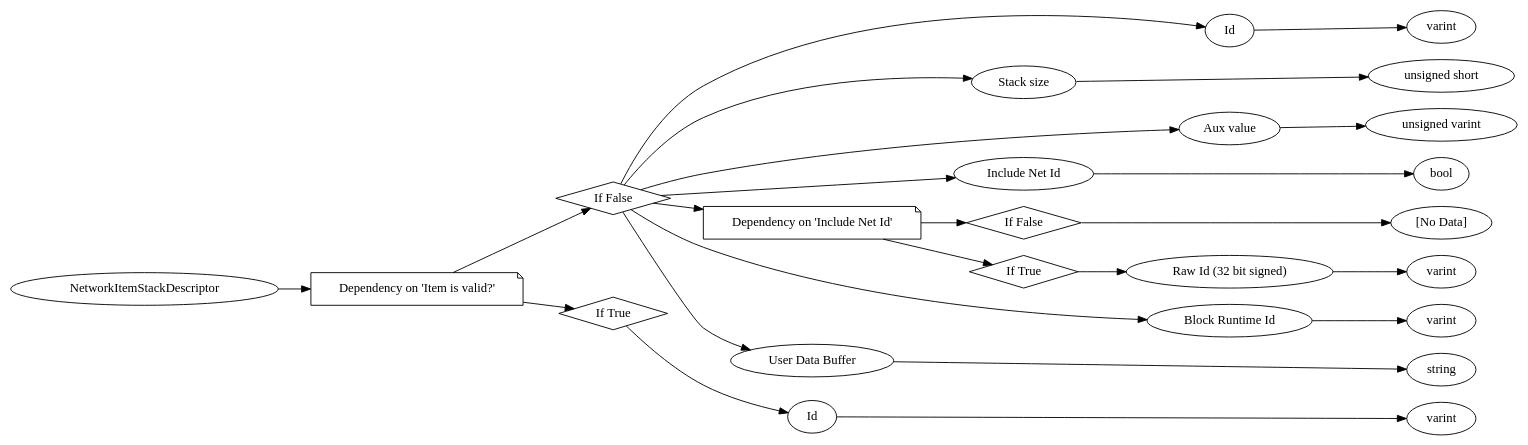
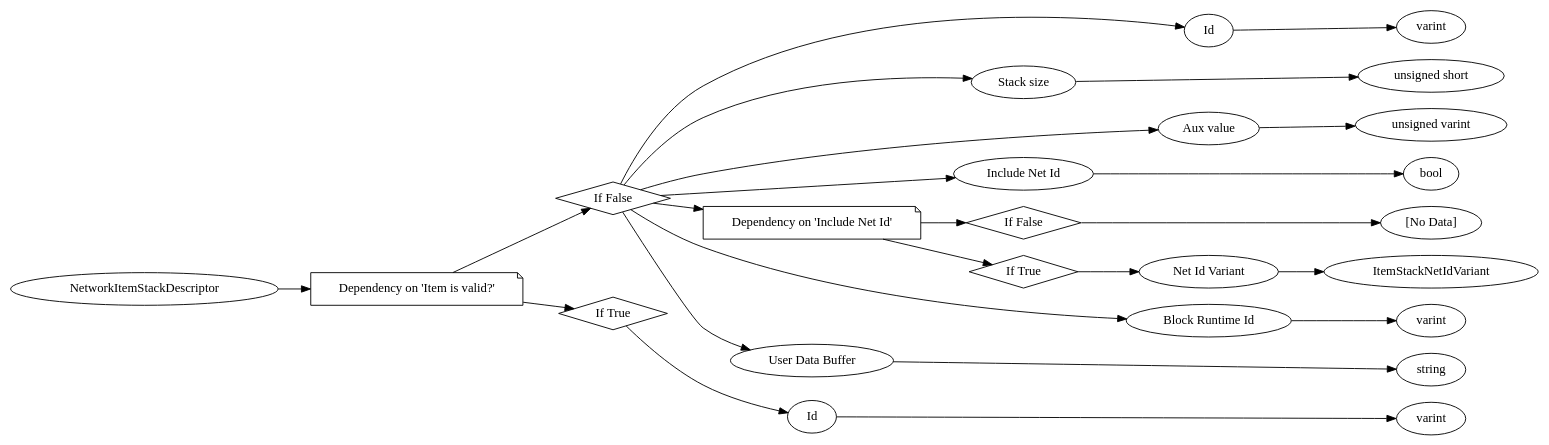
Before and after one commit to Mojang/bedrock-protocol-docs: the diagram in dot/NetworkItemStackDescriptor.dot, drawn with Graphviz. The commit also changed 485 other files, not shown here.

```diff
--- a/dot/NetworkItemStackDescriptor.dot
+++ b/dot/NetworkItemStackDescriptor.dot
@@ -1,54 +1,54 @@
 digraph "NetworkItemStackDescriptor" {
 rankdir = LR
 18
 18 -> 19
 19 -> 20
 20 -> 21
 21 -> 22
 20 -> 23
 23 -> 24
 20 -> 25
 25 -> 26
 20 -> 27
 27 -> 28
 20 -> 29
 29 -> 30
 30 -> 31
 29 -> 32
 32 -> 33
-33 -> 34
-20 -> 35
-35 -> 36
-20 -> 37
-37 -> 38
-19 -> 39
-39 -> 40
+33 -> 37
+20 -> 38
+38 -> 39
+20 -> 40
 40 -> 41
+19 -> 42
+42 -> 43
+43 -> 44
 
 18 [label="NetworkItemStackDescriptor",comment="name: \"NetworkItemStackDescriptor\", typeName: \"\", id: 18, branchId: 0, recurseId: -1, attributes: 0, notes: \"\""];
 19 [label="Dependency on 'Item is valid?'",shape=note,comment="name: \"Dependency on 'Item is valid?'\", typeName: \"\", id: 19, branchId: 0, recurseId: -1, attributes: 2, notes: \"\""];
 20 [label="If False",shape=diamond,comment="name: \"If False\", typeName: \"\", id: 20, branchId: 0, recurseId: -1, attributes: 4, notes: \"\""];
 21 [label="Id",comment="name: \"Id\", typeName: \"\", id: 21, branchId: 0, recurseId: -1, attributes: 0, notes: \"\""];
 22 [label="varint",comment="name: \"varint\", typeName: \"\", id: 22, branchId: 0, recurseId: -1, attributes: 512, notes: \"\""];
 23 [label="Stack size",comment="name: \"Stack size\", typeName: \"\", id: 23, branchId: 0, recurseId: -1, attributes: 0, notes: \"\""];
 24 [label="unsigned short",comment="name: \"unsigned short\", typeName: \"\", id: 24, branchId: 0, recurseId: -1, attributes: 512, notes: \"\""];
 25 [label="Aux value",comment="name: \"Aux value\", typeName: \"\", id: 25, branchId: 0, recurseId: -1, attributes: 0, notes: \"\""];
 26 [label="unsigned varint",comment="name: \"unsigned varint\", typeName: \"\", id: 26, branchId: 0, recurseId: -1, attributes: 512, notes: \"\""];
 27 [label="Include Net Id",comment="name: \"Include Net Id\", typeName: \"\", id: 27, branchId: 0, recurseId: -1, attributes: 0, notes: \"\""];
 28 [label="bool",comment="name: \"bool\", typeName: \"\", id: 28, branchId: 0, recurseId: -1, attributes: 512, notes: \"\""];
 29 [label="Dependency on 'Include Net Id'",shape=note,comment="name: \"Dependency on 'Include Net Id'\", typeName: \"\", id: 29, branchId: 0, recurseId: -1, attributes: 2, notes: \"\""];
 30 [label="If False",shape=diamond,comment="name: \"If False\", typeName: \"\", id: 30, branchId: 0, recurseId: -1, attributes: 4, notes: \"\""];
 31 [label="[No Data]",comment="name: \"[No Data]\", typeName: \"\", id: 31, branchId: 0, recurseId: -1, attributes: 512, notes: \"\""];
 32 [label="If True",shape=diamond,comment="name: \"If True\", typeName: \"\", id: 32, branchId: 1, recurseId: -1, attributes: 4, notes: \"\""];
-33 [label="Raw Id (32 bit signed)",comment="name: \"Raw Id (32 bit signed)\", typeName: \"\", id: 33, branchId: 0, recurseId: -1, attributes: 0, notes: \"\""];
-34 [label="varint",comment="name: \"varint\", typeName: \"\", id: 34, branchId: 0, recurseId: -1, attributes: 512, notes: \"\""];
-35 [label="Block Runtime Id",comment="name: \"Block Runtime Id\", typeName: \"\", id: 35, branchId: 0, recurseId: -1, attributes: 0, notes: \"\""];
-36 [label="varint",comment="name: \"varint\", typeName: \"\", id: 36, branchId: 0, recurseId: -1, attributes: 512, notes: \"\""];
-37 [label="User Data Buffer",comment="name: \"User Data Buffer\", typeName: \"\", id: 37, branchId: 0, recurseId: -1, attributes: 0, notes: \"The @ItemInstanceUserData.html#ItemInstanceUserData@  binary blob encoded as a String, so it's unsigned varint length prefixed. Get all your nbt+property bytes, calculate the length, write that length, THEN write the data.\""];
-38 [label="string",comment="name: \"string\", typeName: \"\", id: 38, branchId: 0, recurseId: -1, attributes: 512, notes: \"\""];
-39 [label="If True",shape=diamond,comment="name: \"If True\", typeName: \"\", id: 39, branchId: 1, recurseId: -1, attributes: 4, notes: \"\""];
-40 [label="Id",comment="name: \"Id\", typeName: \"\", id: 40, branchId: 0, recurseId: -1, attributes: 0, notes: \"Send fixed Id of 0 for invalid item\""];
-41 [label="varint",comment="name: \"varint\", typeName: \"\", id: 41, branchId: 0, recurseId: -1, attributes: 512, notes: \"\""];
-{ rank = max;22;24;26;28;31;34;36;38;41}
+33 [label="Net Id Variant",comment="name: \"Net Id Variant\", typeName: \"ItemStackNetIdVariant\", id: 33, branchId: 0, recurseId: -1, attributes: 256, notes: \"\""];
+37 [label="ItemStackNetIdVariant",comment="name: \"ItemStackNetIdVariant\", typeName: \"\", id: 37, branchId: 0, recurseId: -1, attributes: 512, notes: \"\""];
+38 [label="Block Runtime Id",comment="name: \"Block Runtime Id\", typeName: \"\", id: 38, branchId: 0, recurseId: -1, attributes: 0, notes: \"\""];
+39 [label="varint",comment="name: \"varint\", typeName: \"\", id: 39, branchId: 0, recurseId: -1, attributes: 512, notes: \"\""];
+40 [label="User Data Buffer",comment="name: \"User Data Buffer\", typeName: \"\", id: 40, branchId: 0, recurseId: -1, attributes: 0, notes: \"The @ItemInstanceUserData.html#ItemInstanceUserData@  binary blob encoded as a String, so it's unsigned varint length prefixed. Get all your nbt+property bytes, calculate the length, write that length, THEN write the data.\""];
+41 [label="string",comment="name: \"string\", typeName: \"\", id: 41, branchId: 0, recurseId: -1, attributes: 512, notes: \"\""];
+42 [label="If True",shape=diamond,comment="name: \"If True\", typeName: \"\", id: 42, branchId: 1, recurseId: -1, attributes: 4, notes: \"\""];
+43 [label="Id",comment="name: \"Id\", typeName: \"\", id: 43, branchId: 0, recurseId: -1, attributes: 0, notes: \"Send fixed Id of 0 for invalid item\""];
+44 [label="varint",comment="name: \"varint\", typeName: \"\", id: 44, branchId: 0, recurseId: -1, attributes: 512, notes: \"\""];
+{ rank = max;22;24;26;28;31;37;39;41;44}
 
 }
```
